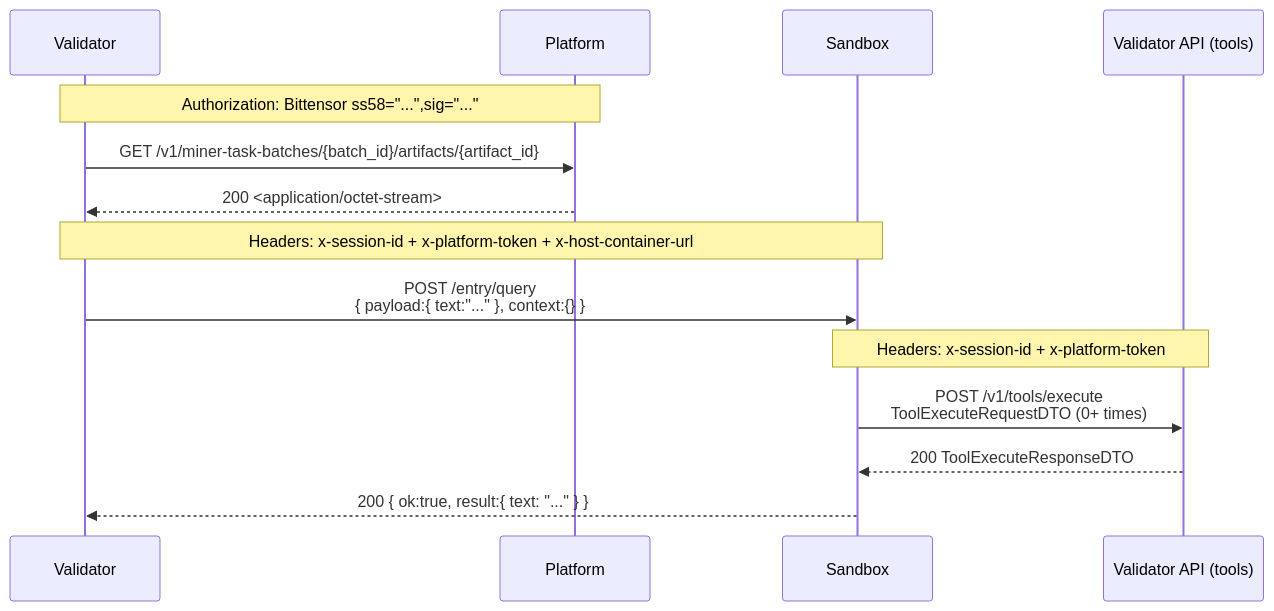
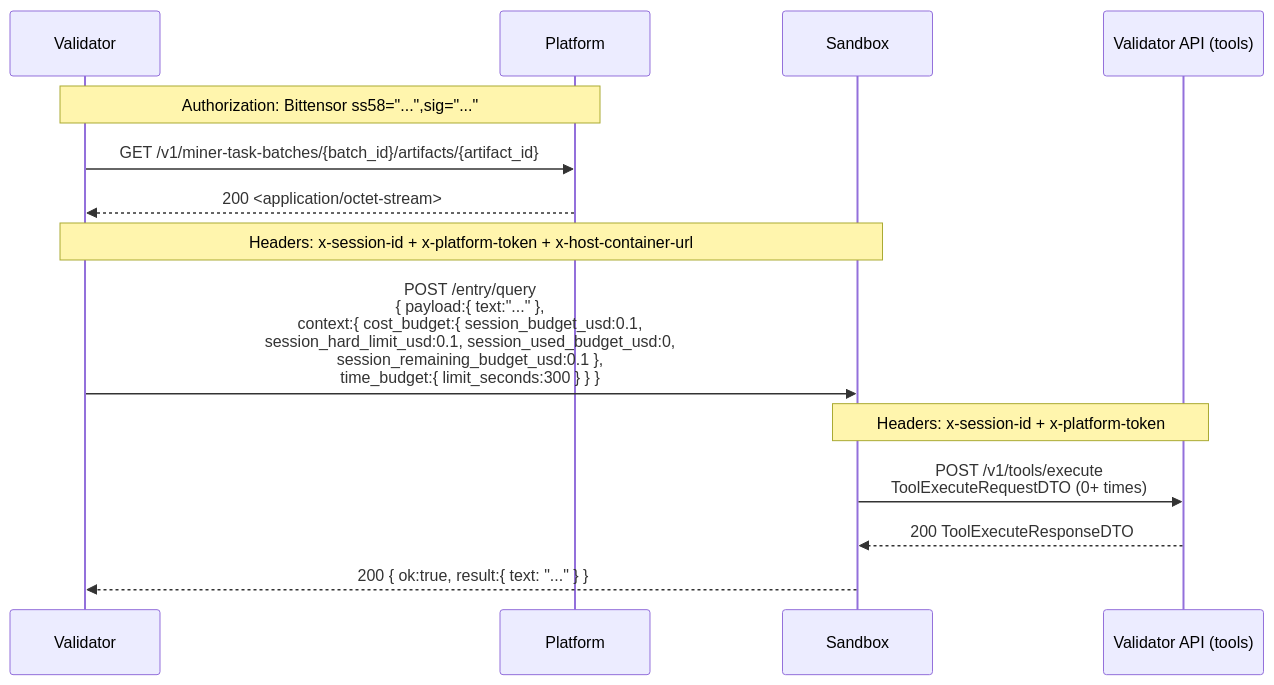
Before and after one commit to harnyx/harnyx: the fifth of 8 diagrams in docs/api/flows.md, drawn with Mermaid. The commit also changed 66 other files, not shown here.

Commit message:
Expose miner budgets through typed query context (#1430)

````diff
--- a/docs/api/flows.md
+++ b/docs/api/flows.md
@@ -149,20 +149,20 @@
 ```mermaid
 sequenceDiagram
   participant V as Validator
   participant P as Platform
   participant S as Sandbox
   participant VA as Validator API (tools)
 
   Note over V,P: Authorization: Bittensor ss58="...",sig="..."
   V->>P: GET /v1/miner-task-batches/{batch_id}/artifacts/{artifact_id}
   P-->>V: 200 <application/octet-stream>
 
   Note over V,S: Headers: x-session-id + x-platform-token + x-host-container-url
-  V->>S: POST /entry/query<br/>{ payload:{ text:"..." }, context:{} }
+  V->>S: POST /entry/query<br/>{ payload:{ text:"..." },<br/>context:{ cost_budget:{ session_budget_usd:0.1,<br/>session_hard_limit_usd:0.1, session_used_budget_usd:0,<br/>session_remaining_budget_usd:0.1 },<br/>time_budget:{ limit_seconds:300 } } }
 
   Note over S,VA: Headers: x-session-id + x-platform-token
   S->>VA: POST /v1/tools/execute<br/>ToolExecuteRequestDTO (0+ times)
   VA-->>S: 200 ToolExecuteResponseDTO
 
   S-->>V: 200 { ok:true, result:{ text: "..." } }
 ```
````
